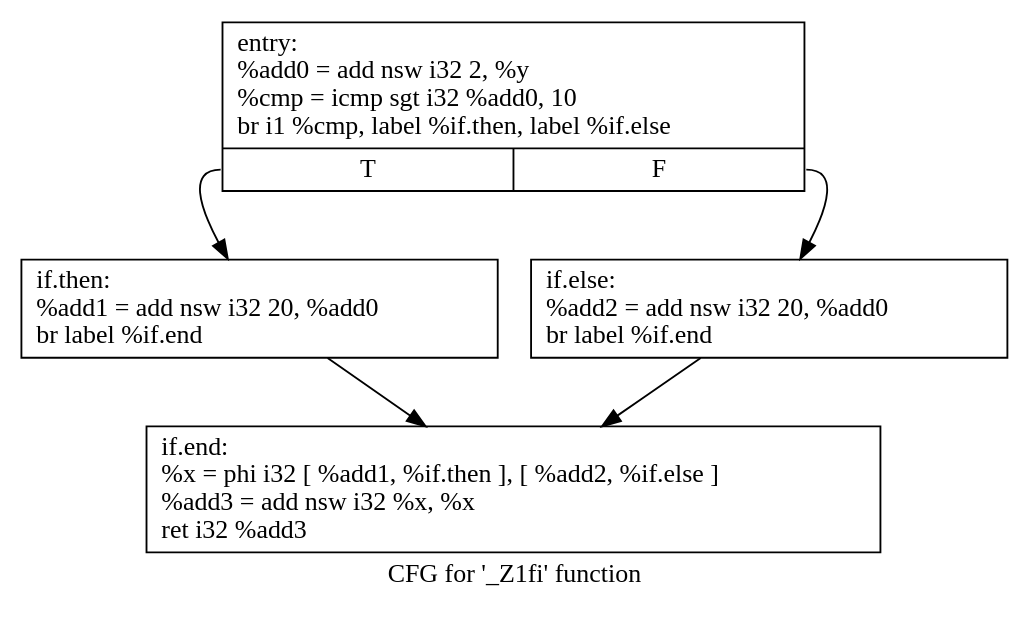
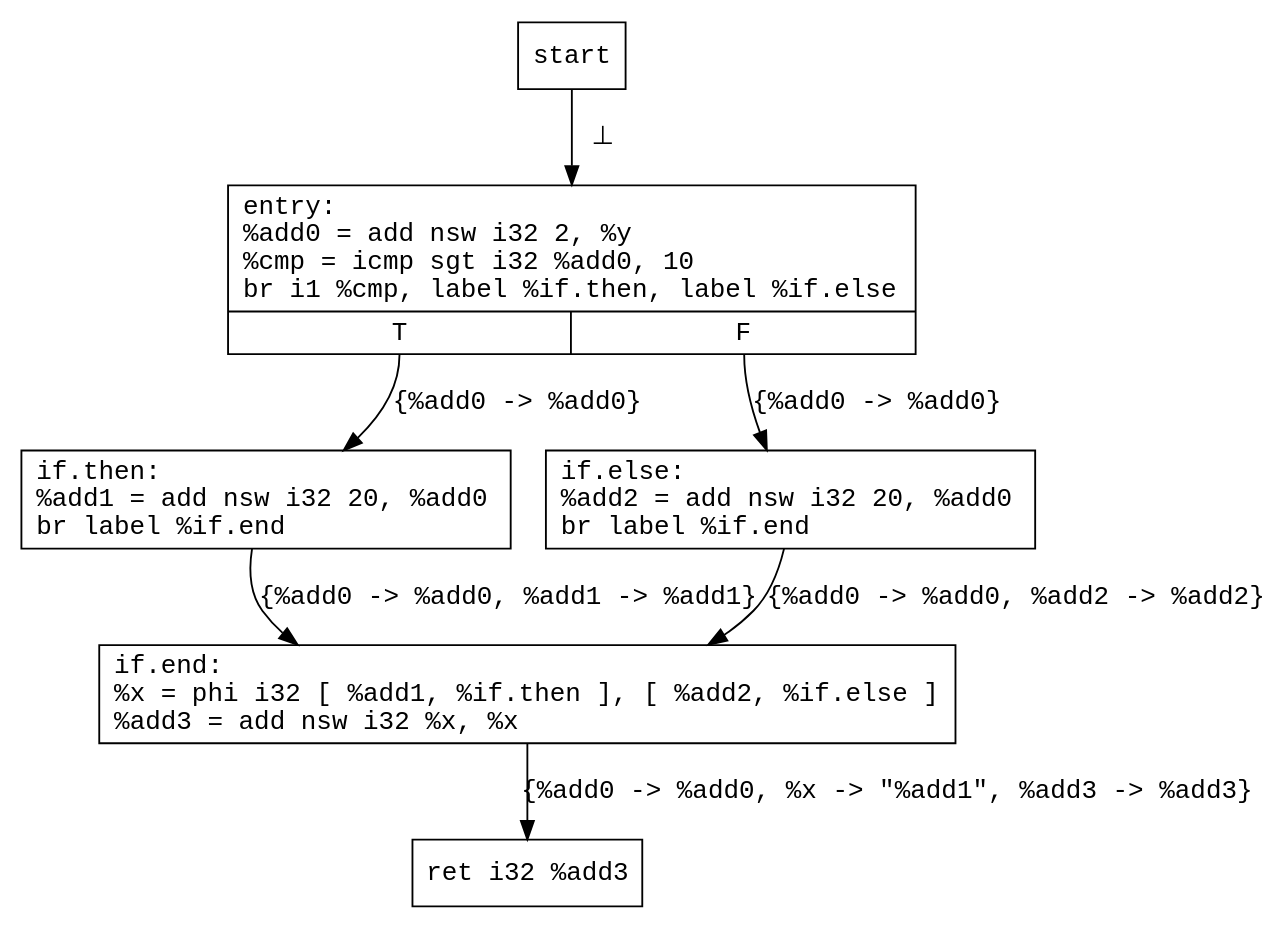
One commit to ZheWang711/cse231-1 changed the diagram in report/figures/cse/branch/can-do-cse.dot. Above: the diagram before and after it, drawn with Graphviz. The commit also changed 4 other files, not shown here.

```diff
--- a/report/figures/cse/branch/can-do-cse.dot
+++ b/report/figures/cse/branch/can-do-cse.dot
@@ -1,12 +1,29 @@
-digraph "CFG for '_Z1fi' function" {
-	label="CFG for '_Z1fi' function";
+digraph canDoCSEBranch {
+	node [shape=record,fontname="Courier"];
+	edge [fontname="Courier"];
 
+	start;
 	Node0x2da78b0 [shape=record,label="{entry:\l  %add0 = add nsw i32 2, %y\l  %cmp = icmp sgt i32 %add0, 10\l  br i1 %cmp, label %if.then, label %if.else\l|{<s0>T|<s1>F}}"];
-	Node0x2da78b0:s0 -> Node0x2da7910;
-	Node0x2da78b0:s1 -> Node0x2da7970;
+
+	start -> Node0x2da78b0[label="  &#8869;"];
+	
+	
+	Node0x2da78b0:s0 -> Node0x2da7910[label="{%add0 -> %add0}"];
+	
+	Node0x2da78b0:s1 -> Node0x2da7970[label="{%add0 -> %add0}"];
+	
 	Node0x2da7910 [shape=record,label="{if.then:                                          \l  %add1 = add nsw i32 20, %add0\l  br label %if.end\l}"];
-	Node0x2da7910 -> Node0x2da79d0;
+	
+	Node0x2da7910 -> Node0x2da79d0[label="{%add0 -> %add0, %add1 -> %add1}"];
+	
 	Node0x2da7970 [shape=record,label="{if.else:                                          \l  %add2 = add nsw i32 20, %add0\l  br label %if.end\l}"];
-	Node0x2da7970 -> Node0x2da79d0;
-	Node0x2da79d0 [shape=record,label="{if.end:                                           \l  %x = phi i32 [ %add1, %if.then ], [ %add2, %if.else ]\l  %add3 = add nsw i32 %x, %x\l  ret i32 %add3\l}"];
+	
+	Node0x2da7970 -> Node0x2da79d0[label="{%add0 -> %add0, %add2 -> %add2}"];
+	
+	Node0x2da79d0 [shape=record,label="{if.end:                                           \l  %x = phi i32 [ %add1, %if.then ], [ %add2, %if.else ]\l  %add3 = add nsw i32 %x, %x\l}"];
+
+	end[label="ret i32 %add3"]
+	Node0x2da79d0 -> end[label="{%add0 -> %add0, %x -> \"%add1\", %add3 -> %add3}"];
+	
+	
 }
```
